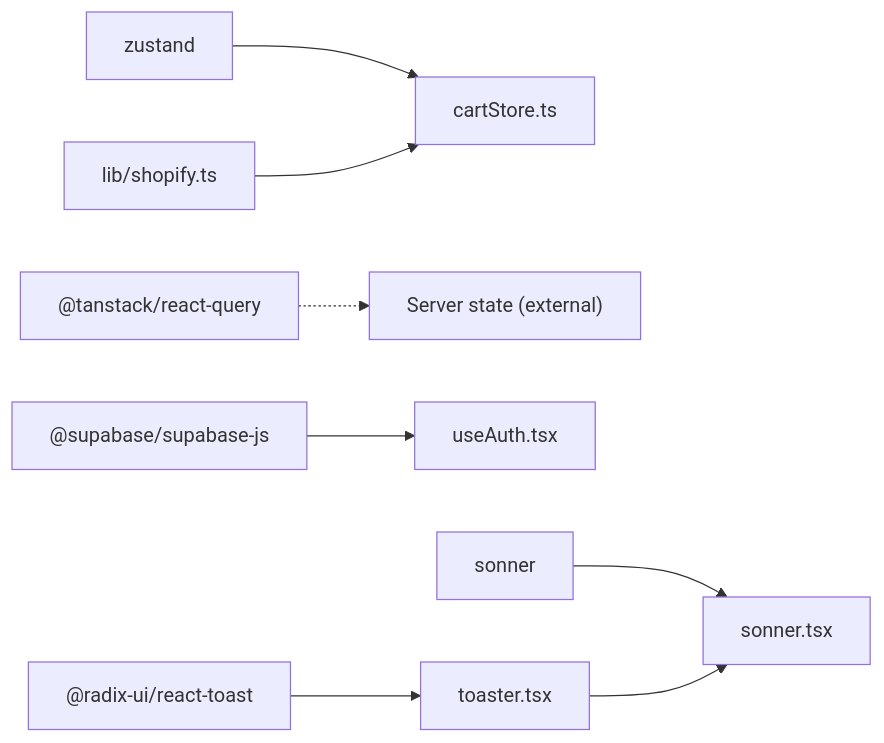
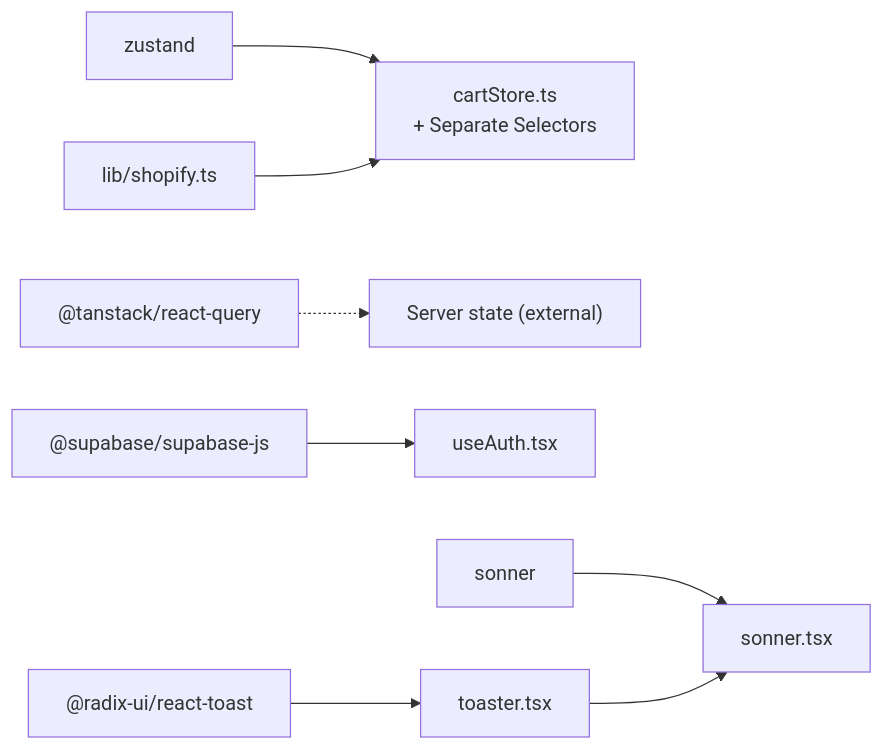
One commit to Hawky1/ryland changed the sixth of 6 diagrams in .qoder/repowiki/en/content/State Management.md. Above: the diagram before and after it, drawn with Mermaid. The commit also changed other lines of this file and 7 other files, not shown here.

````diff
--- a/.qoder/repowiki/en/content/State Management.md
+++ b/.qoder/repowiki/en/content/State Management.md
@@ -279,10 +307,10 @@
 ```mermaid
 graph LR
-ZUSTAND["zustand"] --> CARTSTORE["cartStore.ts"]
+ZUSTAND["zustand"] --> CARTSTORE["cartStore.ts<br/>+ Separate Selectors"]
 REACTQUERY["@tanstack/react-query"] -.-> SERVERSTATE["Server state (external)"]
 SUPABASE["@supabase/supabase-js"] --> AUTHHOOK["useAuth.tsx"]
 SHOP["lib/shopify.ts"] --> CARTSTORE
 RADIX["@radix-ui/react-toast"] --> TOASTUI["toaster.tsx"]
 SONNER["sonner"] --> SONNERCOMP["sonner.tsx"]
 TOASTUI --> SONNERCOMP
 ```
````
